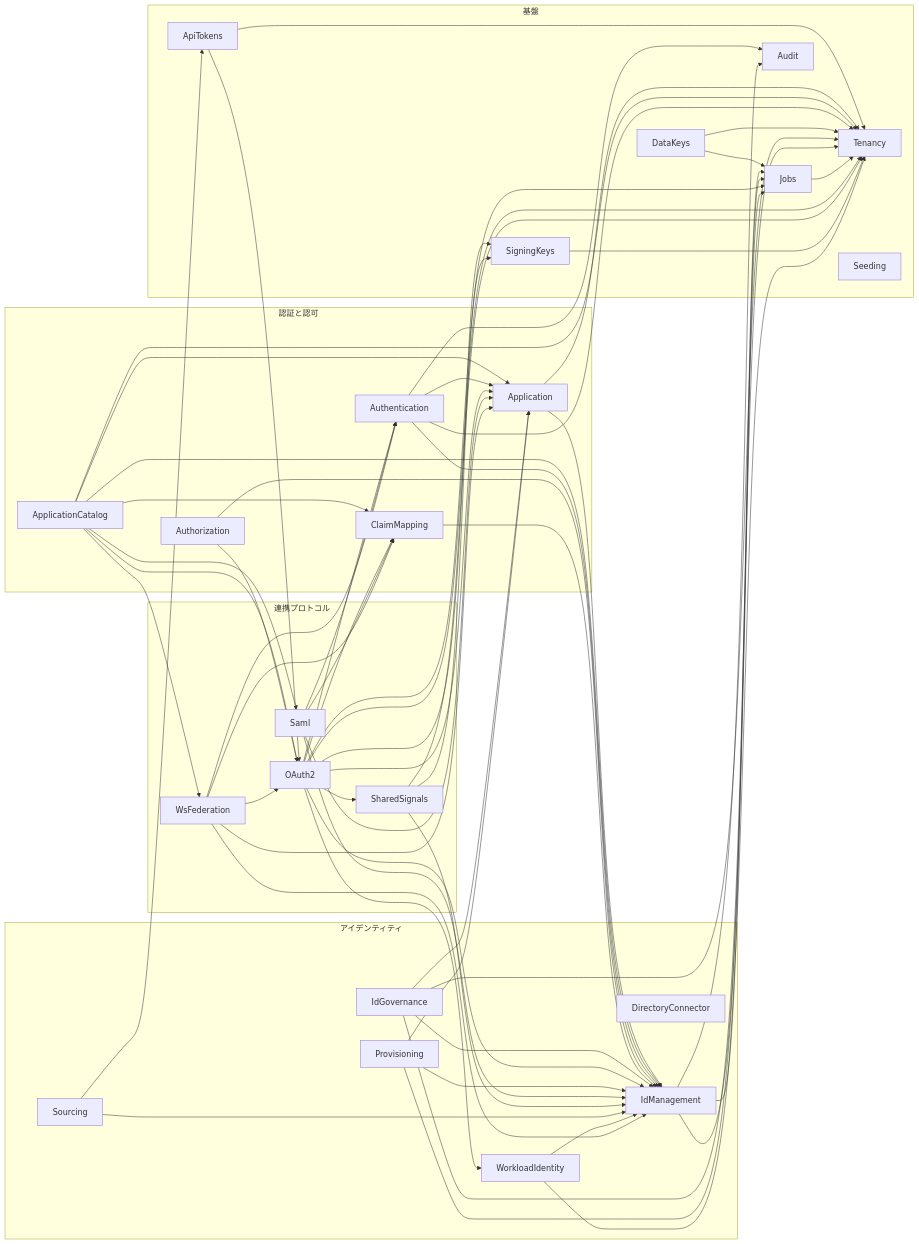
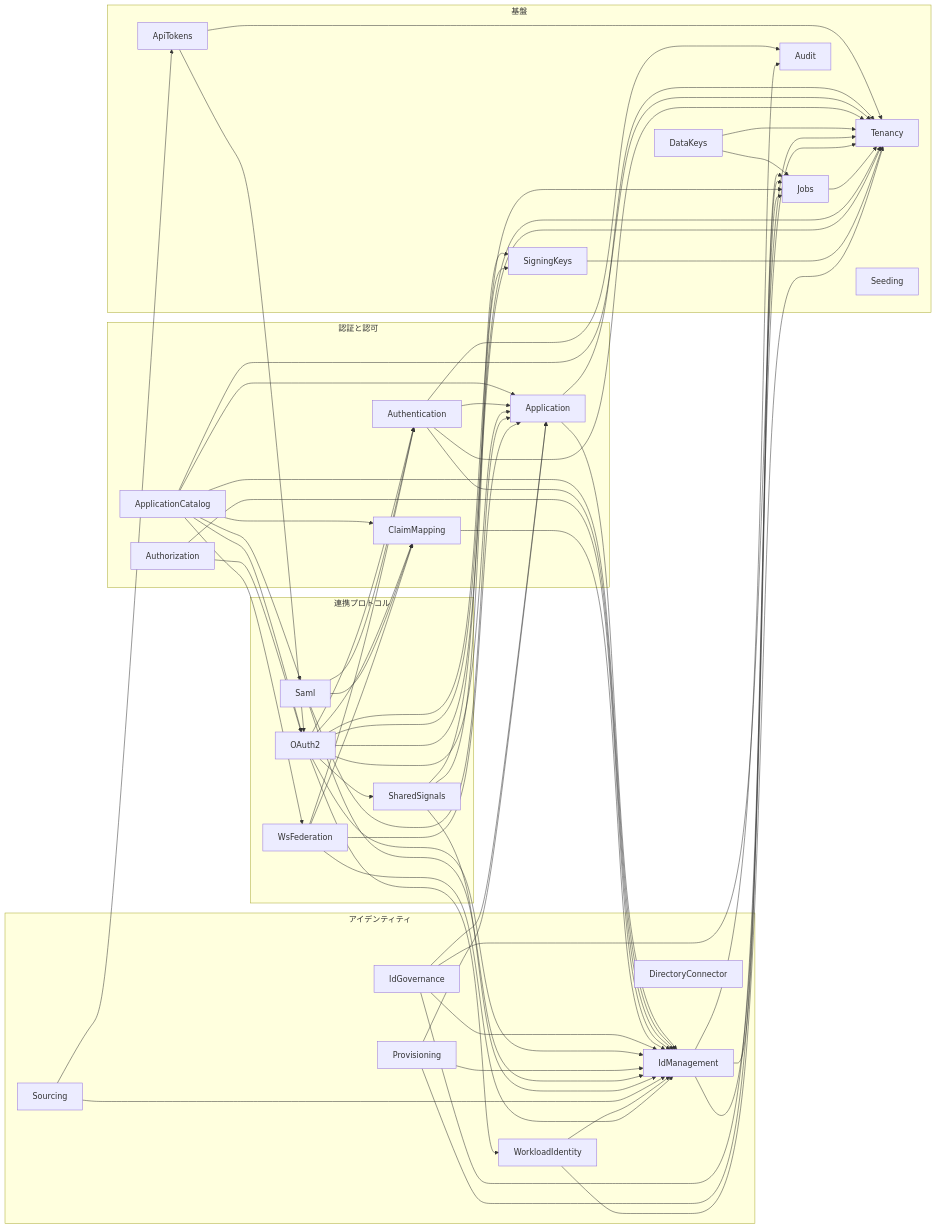
Before and after one commit to ambi/idmagic: the diagram in docs/modules/README.md, drawn with Mermaid. The commit also changed 8 other files, not shown here.

````diff
--- a/docs/modules/README.md
+++ b/docs/modules/README.md
@@ -186,5 +186,4 @@
   WsFederation --> Authentication
   WsFederation --> ClaimMapping
   WsFederation --> IdManagement
-  WsFederation --> OAuth2
 ```
````
